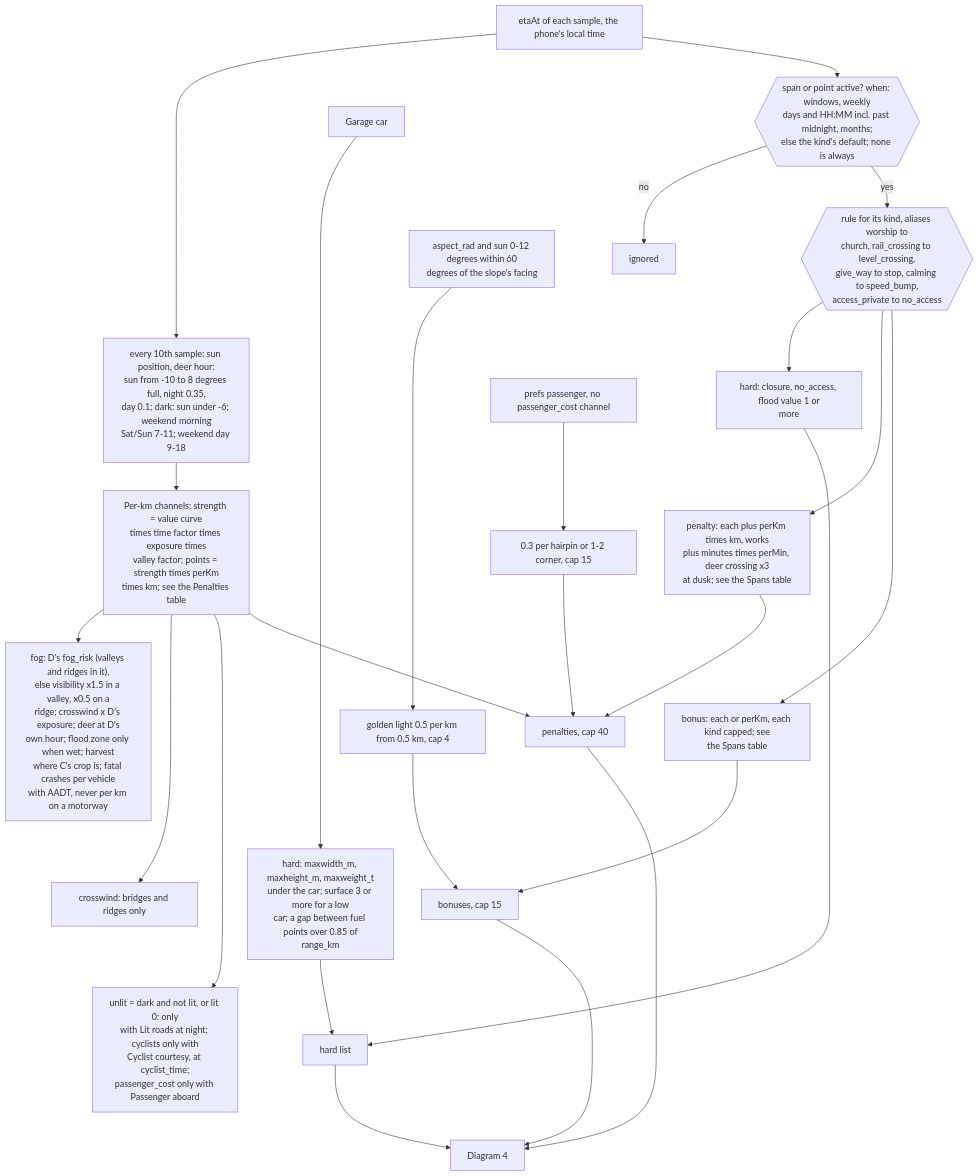
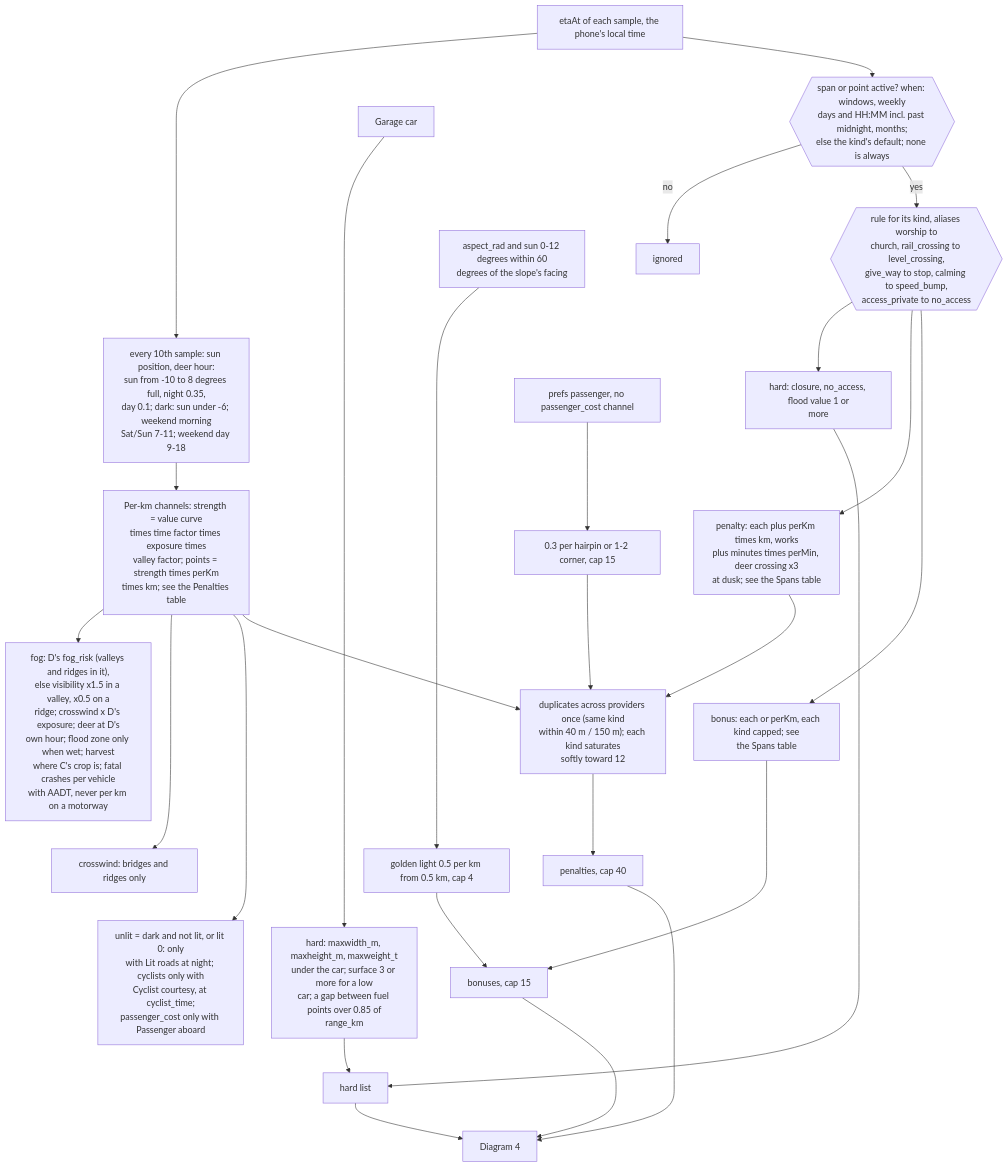
The third of 5 diagrams in docs/ROUTE_ENGINE.md (Senft5/ApexNav), drawn with Mermaid before and after one commit. The commit also changed other lines of this file and 16 other files, not shown here.

````diff
--- a/docs/ROUTE_ENGINE.md
+++ b/docs/ROUTE_ENGINE.md
@@ -93,25 +94,26 @@
 ```mermaid
 flowchart TD
   ETA["etaAt of each sample, the phone's local time"] --> MOM["every 10th sample: sun position, deer hour:<br>sun from -10 to 8 degrees full, night 0.35,<br>day 0.1; dark: sun under -6; weekend morning<br>Sat/Sun 7-11; weekend day 9-18"]
   MOM --> PK["Per-km channels: strength = value curve<br>times time factor times exposure times<br>valley factor; points = strength times perKm<br>times km; see the Penalties table"]
   PK --> FOG["fog: D's fog_risk (valleys and ridges in it),<br>else visibility x1.5 in a valley, x0.5 on a<br>ridge; crosswind x D's exposure; deer at D's<br>own hour; flood zone only when wet; harvest<br>where C's crop is; fatal crashes per vehicle<br>with AADT, never per km on a motorway"]
   PK --> WIND["crosswind: bridges and ridges only"]
   PK --> UNLIT["unlit = dark and not lit, or lit 0: only<br>with Lit roads at night; cyclists only with<br>Cyclist courtesy, at cyclist_time;<br>passenger_cost only with Passenger aboard"]
   ETA --> WHEN{{"span or point active? when: windows, weekly<br>days and HH:MM incl. past midnight, months;<br>else the kind's default; none is always"}}
   WHEN -- no --> NONE["ignored"]
   WHEN -- yes --> KIND{{"rule for its kind, aliases worship to<br>church, rail_crossing to level_crossing,<br>give_way to stop, calming to speed_bump,<br>access_private to no_access"}}
   KIND --> HARD["hard: closure, no_access, flood value 1 or<br>more"]
   KIND --> PEN["penalty: each plus perKm times km, works<br>plus minutes times perMin, deer crossing x3<br>at dusk; see the Spans table"]
   KIND --> BON["bonus: each or perKm, each kind capped; see<br>the Spans table"]
   CAR["Garage car"] --> FIT["hard: maxwidth_m, maxheight_m, maxweight_t<br>under the car; surface 3 or more for a low<br>car; a gap between fuel points over 0.85 of<br>range_km"]
   ASP["aspect_rad and sun 0-12 degrees within 60<br>degrees of the slope's facing"] --> GOLD["golden light 0.5 per km from 0.5 km, cap 4"]
   PASS["prefs passenger, no passenger_cost channel"] --> TIGHT["0.3 per hairpin or 1-2 corner, cap 15"]
   FOG ~~~ WIND ~~~ UNLIT
   HARD ~~~ PEN ~~~ BON
   CAR ~~~ ASP ~~~ PASS
-  PK & PEN & TIGHT --> PSUM["penalties, cap 40"]
+  PK & PEN & TIGHT --> DED["duplicates across providers once (same kind<br>within 40 m / 150 m); each kind saturates<br>softly toward 12"]
+  DED --> PSUM["penalties, cap 40"]
   BON & GOLD --> BSUM["bonuses, cap 15"]
   HARD & FIT --> HSUM["hard list"]
   PSUM ~~~ BSUM ~~~ HSUM
   PSUM & BSUM & HSUM --> D4["Diagram 4"]
 ```
````
